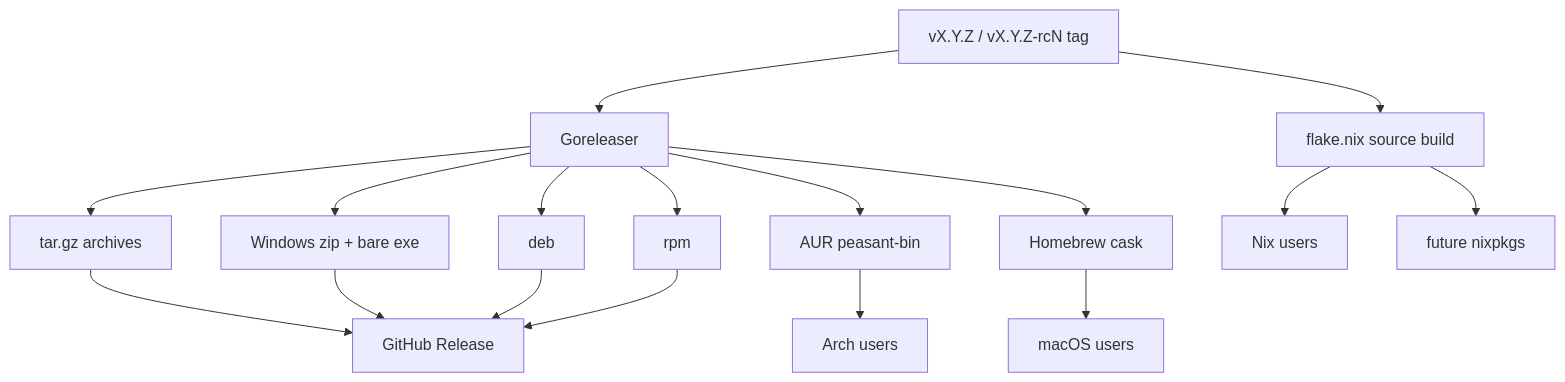
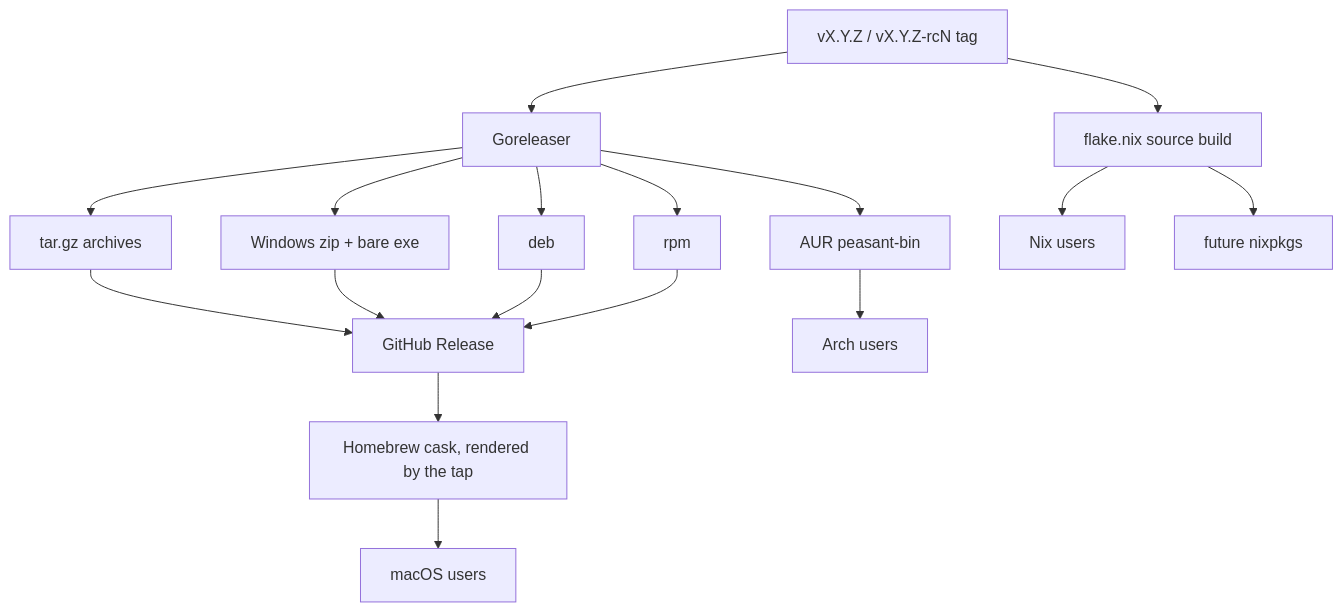
Before and after one commit to peasant-labs/peasant: the fourth of 4 diagrams in docs/release-architecture.md, drawn with Mermaid. The commit also changed other lines of this file and 1 other file, not shown here.

Commit message:
docs(release): describe the computed-release flow and retire the release-guard grammar

````diff
--- a/docs/release-architecture.md
+++ b/docs/release-architecture.md
@@ -198,19 +196,19 @@
 ```mermaid
 flowchart TD
   Tag[vX.Y.Z / vX.Y.Z-rcN tag] --> GR[Goreleaser]
   Tag --> FX[flake.nix source build]
   GR --> Tar[tar.gz archives]
   GR --> Win[Windows zip + bare exe]
   GR --> Deb[deb]
   GR --> Rpm[rpm]
   GR --> Aur[AUR peasant-bin]
-  GR --> Brew[Homebrew cask]
   Tar --> GH[GitHub Release]
   Win --> GH
   Deb --> GH
   Rpm --> GH
   Aur --> Arch[Arch users]
+  GH --> Brew[Homebrew cask, rendered by the tap]
   Brew --> Mac[macOS users]
   FX --> Nix[Nix users]
   FX --> Nixpkgs[future nixpkgs]
 ```
````
